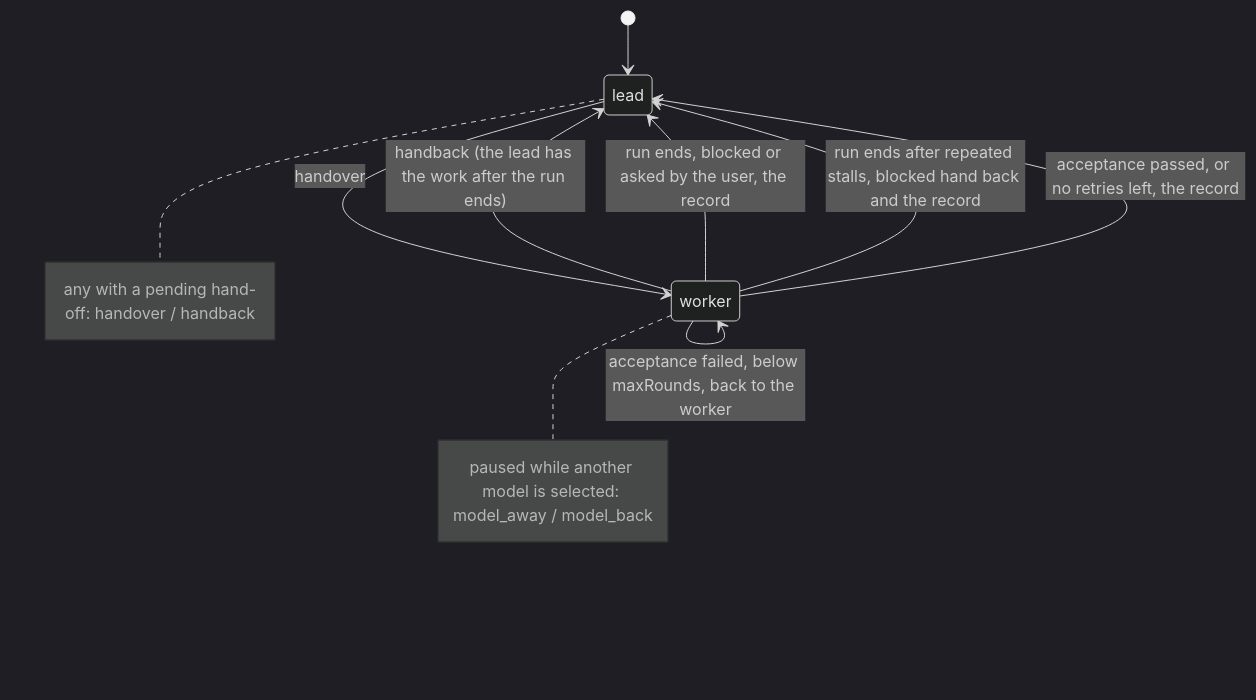
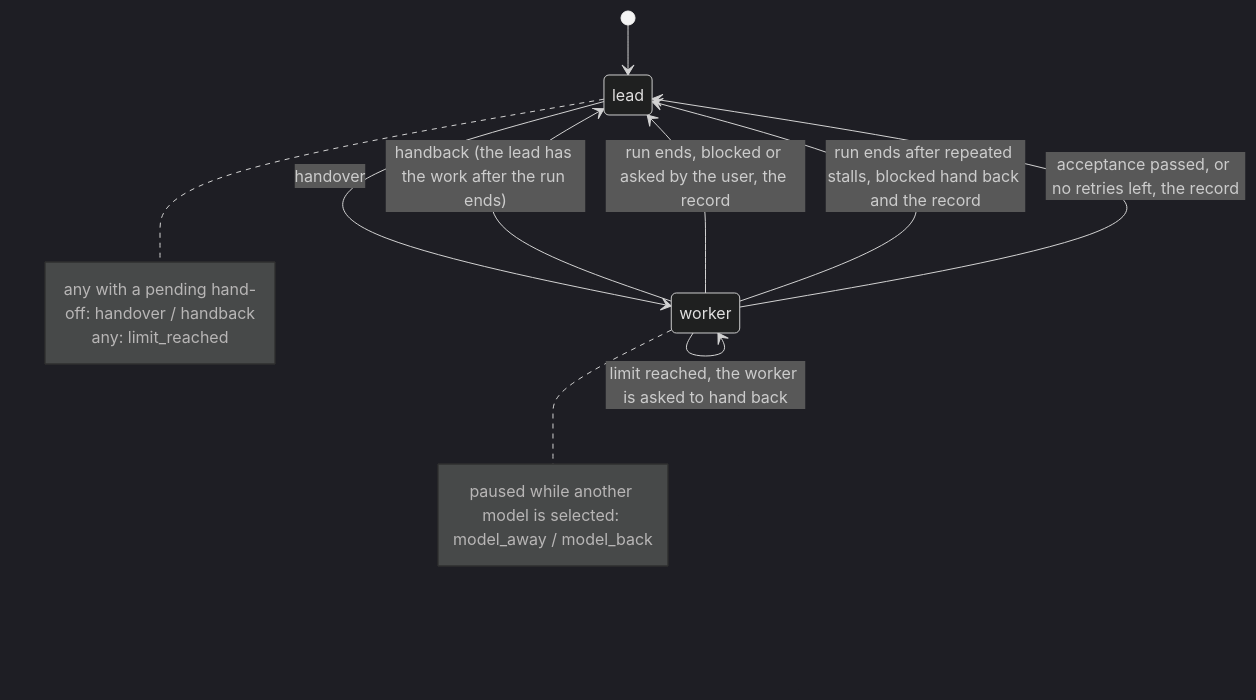
Before and after one commit to luoxin9510/xin-pi: the diagram in packages/xpi-coding-agent/docs/relay.md, drawn with Mermaid (dark theme). The commit also changed other lines of this file and 25 other files, not shown here.

````diff
--- a/packages/xpi-coding-agent/docs/relay.md
+++ b/packages/xpi-coding-agent/docs/relay.md
@@ -42,18 +42,20 @@
 ```mermaid
 stateDiagram-v2
     [*] --> lead
     lead --> worker: handover
     worker --> worker: /handback, the acceptance commands are skipped
     worker --> lead: handback (the lead has the work after the run ends)
     worker --> lead: run ends, blocked or asked by the user, the record
     worker --> worker: run ends, run the acceptance commands
     worker --> lead: run ends after repeated stalls, blocked hand back and the record
     worker --> worker: acceptance failed, below maxRounds, back to the worker
     worker --> lead: acceptance passed, or no retries left, the record
+    worker --> worker: limit reached, the worker is asked to hand back
     note right of lead
         any with a pending hand-off: handover / handback
+        any: limit_reached
     end note
     note right of worker
         paused while another model is selected: model_away / model_back
     end note
 ```
````
